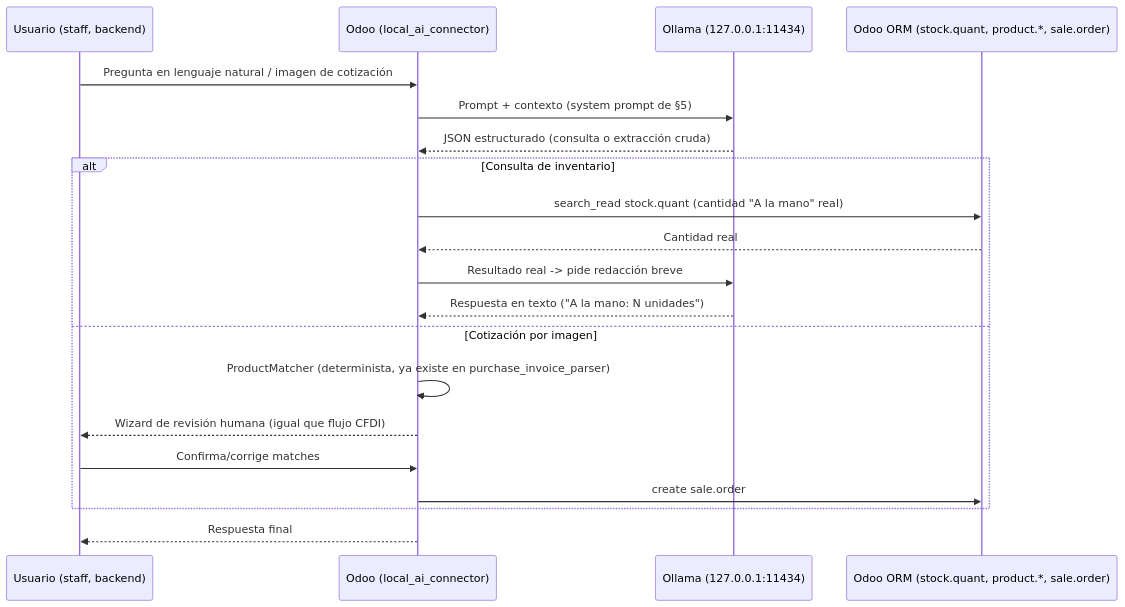
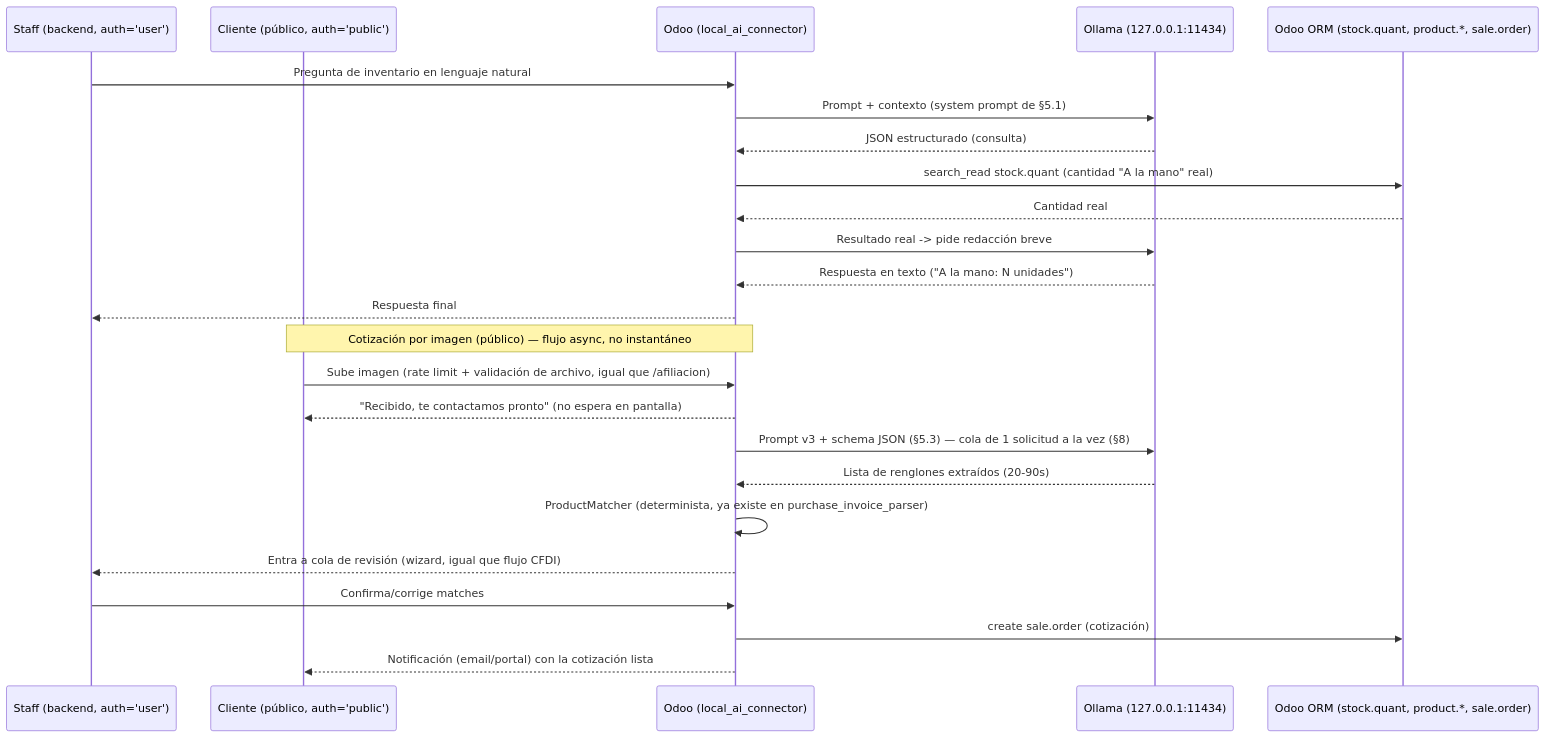
One commit to MDSODOO/COMMUNITY changed the diagram in docs/AI_MODEL_ODOO_CONFIG.md. Above: the diagram before and after it, drawn with Mermaid. The commit also changed other lines of this file, not shown here.

First line of the commit message:
Actualizar diseno de IA local: prompt v3 con JSON Schema real + decision publica

````diff
--- a/docs/AI_MODEL_ODOO_CONFIG.md
+++ b/docs/AI_MODEL_ODOO_CONFIG.md
@@ -180,23 +215,28 @@
 ```mermaid
 sequenceDiagram
-    participant U as Usuario (staff, backend)
+    participant S as Staff (backend, auth='user')
+    participant C as Cliente (público, auth='public')
     participant O as Odoo (local_ai_connector)
     participant AI as Ollama (127.0.0.1:11434)
     participant DB as Odoo ORM (stock.quant, product.*, sale.order)
 
-    U->>O: Pregunta en lenguaje natural / imagen de cotización
-    O->>AI: Prompt + contexto (system prompt de §5)
-    AI-->>O: JSON estructurado (consulta o extracción cruda)
-    alt Consulta de inventario
-        O->>DB: search_read stock.quant (cantidad "A la mano" real)
-        DB-->>O: Cantidad real
-        O->>AI: Resultado real -> pide redacción breve
-        AI-->>O: Respuesta en texto ("A la mano: N unidades")
-    else Cotización por imagen
-        O->>O: ProductMatcher (determinista, ya existe en purchase_invoice_parser)
-        O-->>U: Wizard de revisión humana (igual que flujo CFDI)
-        U->>O: Confirma/corrige matches
-        O->>DB: create sale.order
-    end
-    O-->>U: Respuesta final
+    S->>O: Pregunta de inventario en lenguaje natural
+    O->>AI: Prompt + contexto (system prompt de §5.1)
+    AI-->>O: JSON estructurado (consulta)
+    O->>DB: search_read stock.quant (cantidad "A la mano" real)
+    DB-->>O: Cantidad real
+    O->>AI: Resultado real -> pide redacción breve
+    AI-->>O: Respuesta en texto ("A la mano: N unidades")
+    O-->>S: Respuesta final
+
+    Note over C,O: Cotización por imagen (público) — flujo async, no instantáneo
+    C->>O: Sube imagen (rate limit + validación de archivo, igual que /afiliacion)
+    O-->>C: "Recibido, te contactamos pronto" (no espera en pantalla)
+    O->>AI: Prompt v3 + schema JSON (§5.3) — cola de 1 solicitud a la vez (§8)
+    AI-->>O: Lista de renglones extraídos (20-90s)
+    O->>O: ProductMatcher (determinista, ya existe en purchase_invoice_parser)
+    O-->>S: Entra a cola de revisión (wizard, igual que flujo CFDI)
+    S->>O: Confirma/corrige matches
+    O->>DB: create sale.order (cotización)
+    O-->>C: Notificación (email/portal) con la cotización lista
 ```
````
